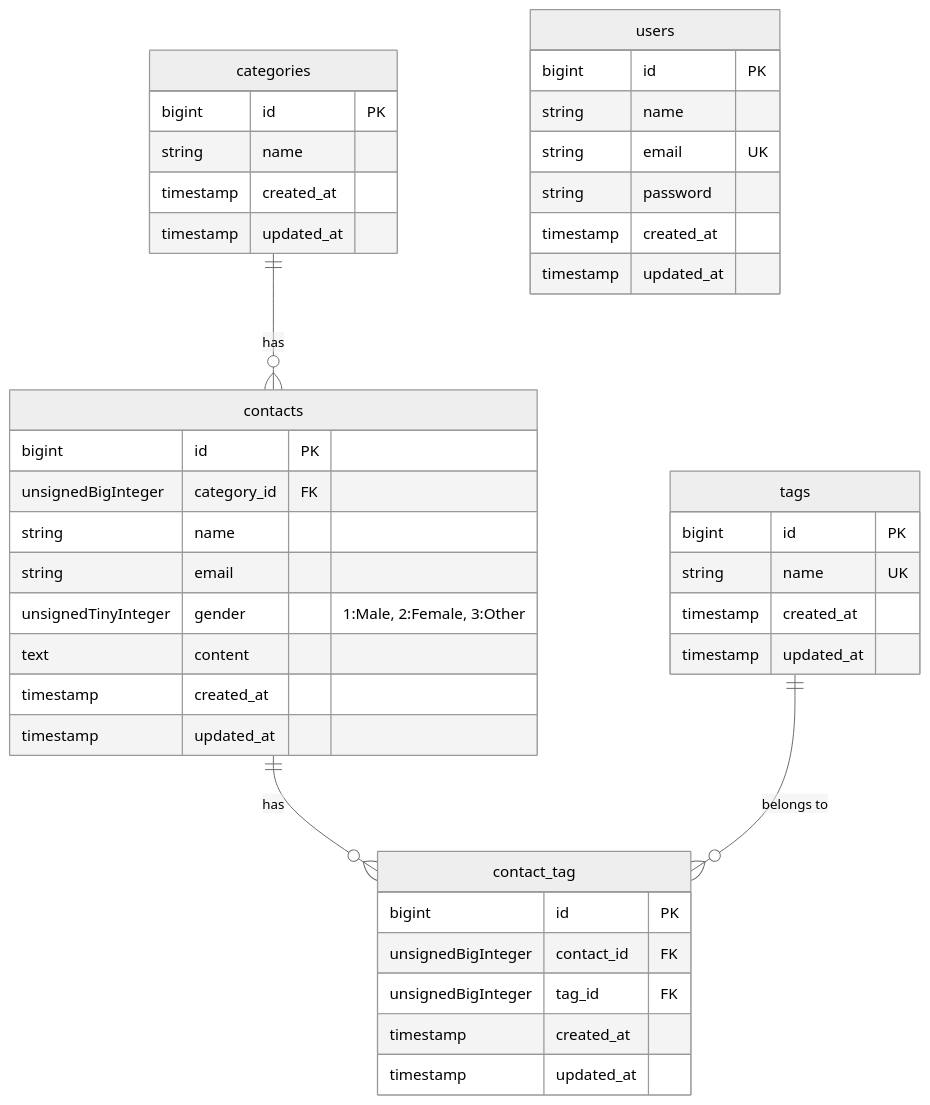
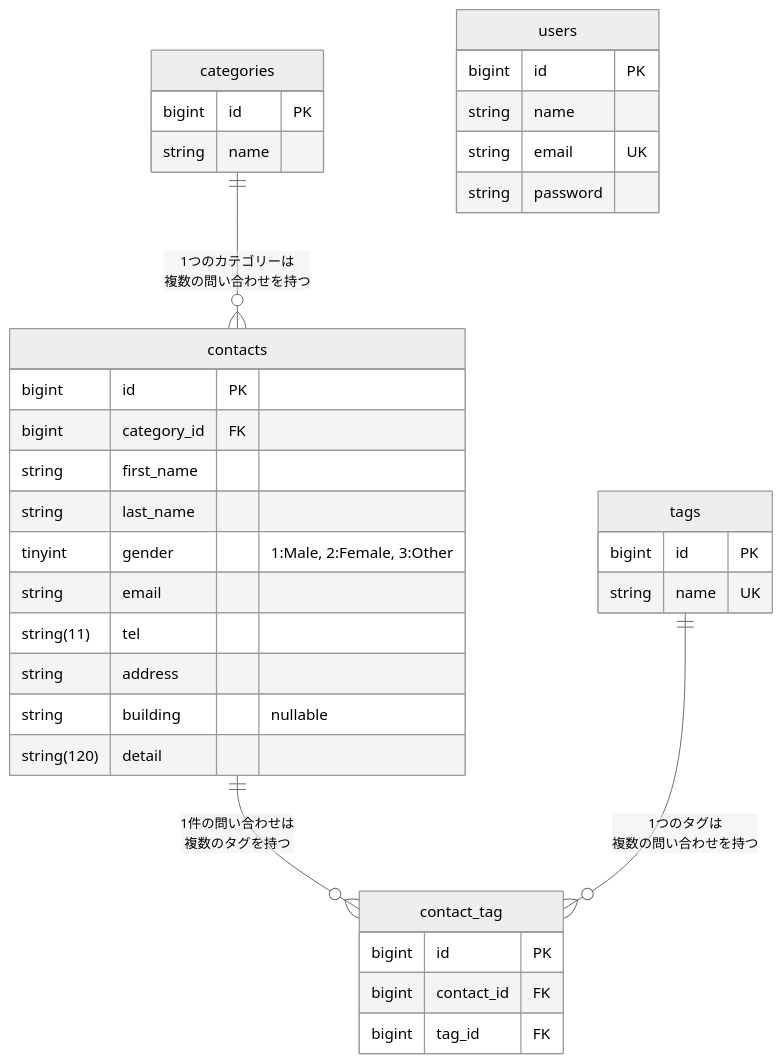
One commit to kazu-hisami2/Review_Test-contact-form-app changed the diagram in README.md. Above: the diagram before and after it, drawn with Mermaid (neutral theme).

Commit message:
Revise ER diagram and update contacts table structure
Updated the entity-relationship diagram and modified the structure of the contacts table to include first name, last name, and additional fields.

````diff
--- a/README.md
+++ b/README.md
@@ -1,48 +1,42 @@
 ```mermaid
 erDiagram
-    categories ||--o{ contacts : "has"
-    contacts ||--o{ contact_tag : "has"
-    tags ||--o{ contact_tag : "belongs to"
+    categories ||--o{ contacts : "1つのカテゴリーは<br>複数の問い合わせを持つ"
+    contacts ||--o{ contact_tag : "1件の問い合わせは<br>複数のタグを持つ"
+    tags ||--o{ contact_tag : "1つのタグは<br>複数の問い合わせを持つ"
 
     categories {
         bigint id PK
         string name
-        timestamp created_at
-        timestamp updated_at
     }
 
     contacts {
         bigint id PK
-        unsignedBigInteger category_id FK
-        string name
+        bigint category_id FK
+        string first_name
+        string last_name
+        tinyint gender "1:Male, 2:Female, 3:Other"
         string email
-        unsignedTinyInteger gender "1:Male, 2:Female, 3:Other"
-        text content
-        timestamp created_at
-        timestamp updated_at
+        string(11) tel
+        string address
+        string building "nullable"
+        string(120) detail
     }
 
     tags {
         bigint id PK
         string name UK
-        timestamp created_at
-        timestamp updated_at
     }
 
     contact_tag {
         bigint id PK
-        unsignedBigInteger contact_id FK
-        unsignedBigInteger tag_id FK
-        timestamp created_at
-        timestamp updated_at
+        bigint contact_id FK
+        bigint tag_id FK
     }
 
     users {
         bigint id PK
         string name
         string email UK
         string password
-        timestamp created_at
-        timestamp updated_at
     }
 ```
````
